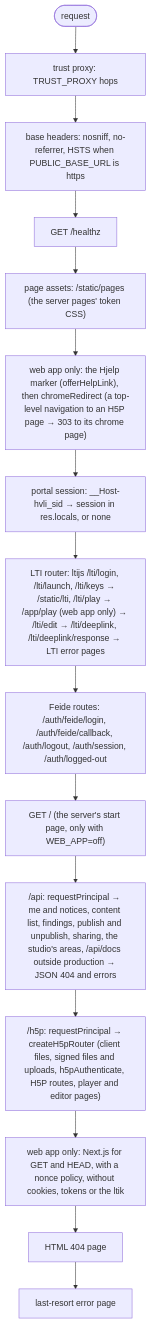
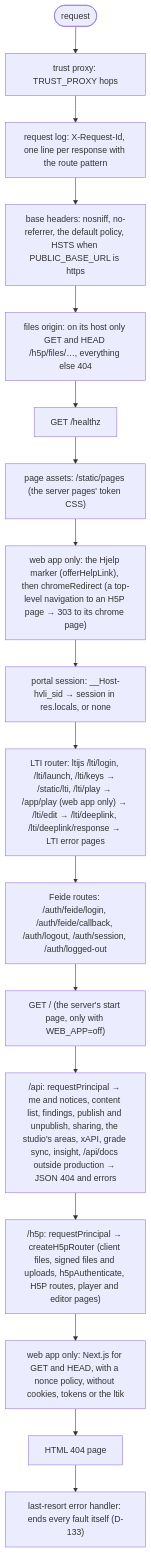
The third of 11 diagrams in apps/server/README.md (bobthebob58/HVL-INTERAKTIV), drawn with Mermaid before and after one commit. The commit also changed other lines of this file, not shown here.

````diff
--- a/apps/server/README.md
+++ b/apps/server/README.md
@@ -277,17 +314,19 @@
 ```mermaid
 flowchart TD
     In([request]) --> TP["trust proxy: TRUST_PROXY hops"]
-    TP --> BH["base headers: nosniff, no-referrer, HSTS when PUBLIC_BASE_URL is https"]
-    BH --> HZ["GET /healthz"]
+    TP --> RL["request log: X-Request-Id, one line per response with the route pattern"]
+    RL --> BH["base headers: nosniff, no-referrer, the default policy, HSTS when PUBLIC_BASE_URL is https"]
+    BH --> FO["files origin: on its host only GET and HEAD /h5p/files/…, everything else 404"]
+    FO --> HZ["GET /healthz"]
     HZ --> PA["page assets: /static/pages (the server pages' token CSS)"]
     PA --> CR["web app only: the Hjelp marker (offerHelpLink), then chromeRedirect (a top-level navigation to an H5P page → 303 to its chrome page)"]
     CR --> PS["portal session: __Host-hvli_sid → session in res.locals, or none"]
     PS --> LTI["LTI router: ltijs /lti/login, /lti/launch, /lti/keys → /static/lti, /lti/play → /app/play (web app only) → /lti/edit → /lti/deeplink, /lti/deeplink/response → LTI error pages"]
     LTI --> FE["Feide routes: /auth/feide/login, /auth/feide/callback, /auth/logout, /auth/session, /auth/logged-out"]
     FE --> HOME["GET / (the server's start page, only with WEB_APP=off)"]
-    HOME --> API["/api: requestPrincipal → me and notices, content list, findings, publish and unpublish, sharing, the studio's areas, /api/docs outside production → JSON 404 and errors"]
+    HOME --> API["/api: requestPrincipal → me and notices, content list, findings, publish and unpublish, sharing, the studio's areas, xAPI, grade sync, insight, /api/docs outside production → JSON 404 and errors"]
     API --> H5P["/h5p: requestPrincipal → createH5pRouter (client files, signed files and uploads, h5pAuthenticate, H5P routes, player and editor pages)"]
     H5P --> WEB["web app only: Next.js for GET and HEAD, with a nonce policy, without cookies, tokens or the ltik"]
     WEB --> NF["HTML 404 page"]
-    NF --> ERR["last-resort error page"]
+    NF --> ERR["last-resort error handler: ends every fault itself (D-133)"]
 ```
````
